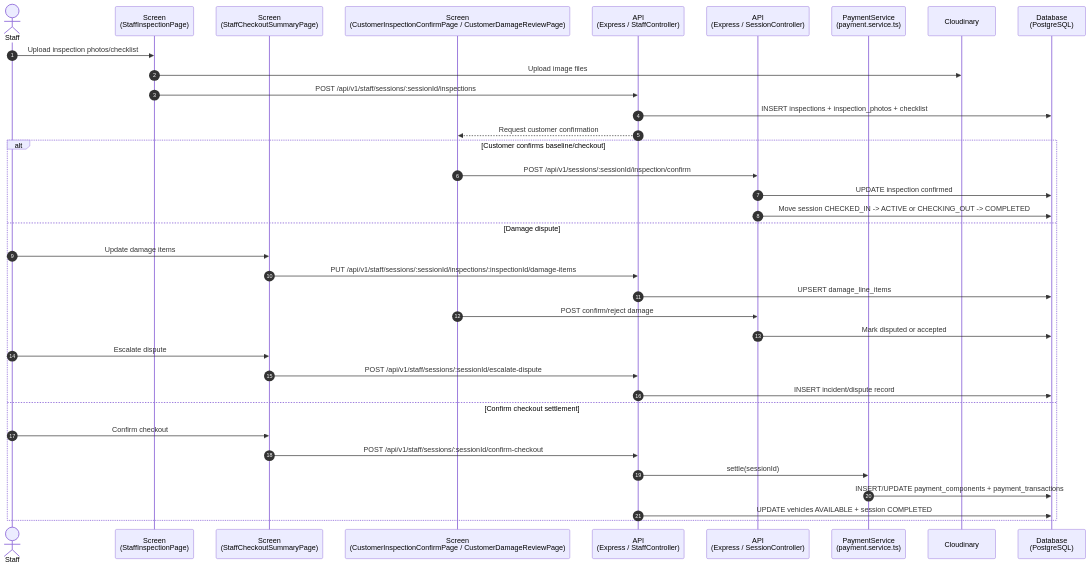
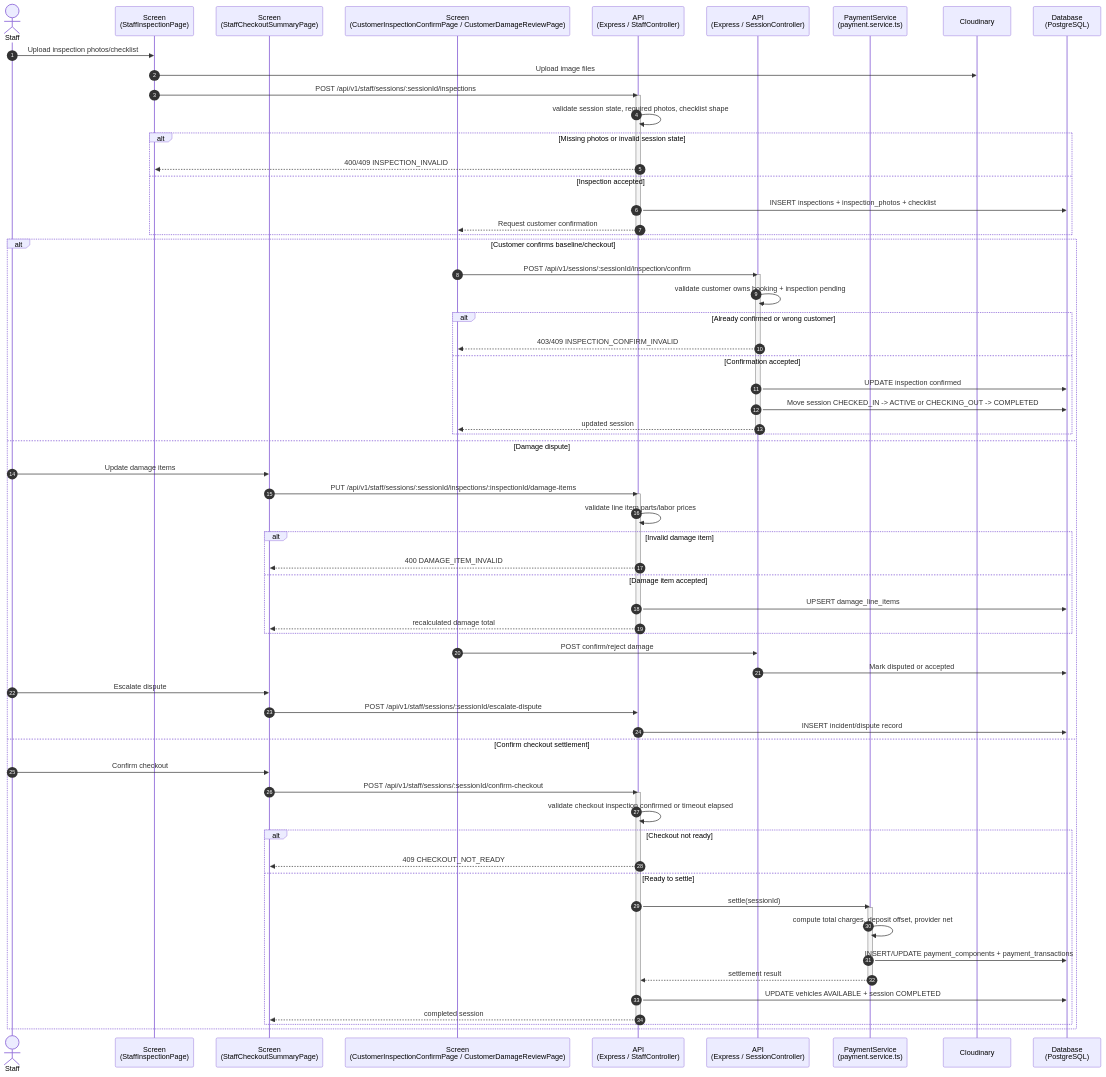
One commit to RCField-SEP490/rcfield-spec changed the third of 7 diagrams in docs/diagrams/sequence/sequence-flow-staff-operations.md. Above: the diagram before and after it, drawn with Mermaid. The commit also changed other lines of this file and 101 other files, not shown here.

````diff
--- a/docs/diagrams/sequence/sequence-flow-staff-operations.md
+++ b/docs/diagrams/sequence/sequence-flow-staff-operations.md
@@ -78,40 +117,75 @@
 ```mermaid
 sequenceDiagram
     autonumber
     actor S as Staff
     participant Inspect as Screen<br/>(StaffInspectionPage)
     participant Checkout as Screen<br/>(StaffCheckoutSummaryPage)
     participant Customer as Screen<br/>(CustomerInspectionConfirmPage / CustomerDamageReviewPage)
     participant StaffAPI as API<br/>(Express / StaffController)
     participant SessionAPI as API<br/>(Express / SessionController)
     participant Pay as PaymentService<br/>(payment.service.ts)
     participant Store as Cloudinary
     participant DB as Database<br/>(PostgreSQL)
 
     S->>Inspect: Upload inspection photos/checklist
     Inspect->>Store: Upload image files
     Inspect->>StaffAPI: POST /api/v1/staff/sessions/:sessionId/inspections
+    activate StaffAPI
+    StaffAPI->>StaffAPI: validate session state, required photos, checklist shape
+    alt Missing photos or invalid session state
+        StaffAPI-->>Inspect: 400/409 INSPECTION_INVALID
+    else Inspection accepted
     StaffAPI->>DB: INSERT inspections + inspection_photos + checklist
     StaffAPI-->>Customer: Request customer confirmation
+    end
+    deactivate StaffAPI
 
     alt Customer confirms baseline/checkout
         Customer->>SessionAPI: POST /api/v1/sessions/:sessionId/inspection/confirm
+        activate SessionAPI
+        SessionAPI->>SessionAPI: validate customer owns booking + inspection pending
+        alt Already confirmed or wrong customer
+            SessionAPI-->>Customer: 403/409 INSPECTION_CONFIRM_INVALID
+        else Confirmation accepted
         SessionAPI->>DB: UPDATE inspection confirmed
         SessionAPI->>DB: Move session CHECKED_IN -> ACTIVE or CHECKING_OUT -> COMPLETED
+        SessionAPI-->>Customer: updated session
+        end
+        deactivate SessionAPI
     else Damage dispute
         S->>Checkout: Update damage items
         Checkout->>StaffAPI: PUT /api/v1/staff/sessions/:sessionId/inspections/:inspectionId/damage-items
+        activate StaffAPI
+        StaffAPI->>StaffAPI: validate line item parts/labor prices
+        alt Invalid damage item
+            StaffAPI-->>Checkout: 400 DAMAGE_ITEM_INVALID
+        else Damage item accepted
         StaffAPI->>DB: UPSERT damage_line_items
+        StaffAPI-->>Checkout: recalculated damage total
+        end
+        deactivate StaffAPI
         Customer->>SessionAPI: POST confirm/reject damage
         SessionAPI->>DB: Mark disputed or accepted
         S->>Checkout: Escalate dispute
         Checkout->>StaffAPI: POST /api/v1/staff/sessions/:sessionId/escalate-dispute
         StaffAPI->>DB: INSERT incident/dispute record
     else Confirm checkout settlement
         S->>Checkout: Confirm checkout
         Checkout->>StaffAPI: POST /api/v1/staff/sessions/:sessionId/confirm-checkout
+        activate StaffAPI
+        StaffAPI->>StaffAPI: validate checkout inspection confirmed or timeout elapsed
+        alt Checkout not ready
+            StaffAPI-->>Checkout: 409 CHECKOUT_NOT_READY
+        else Ready to settle
         StaffAPI->>Pay: settle(sessionId)
+        activate Pay
+        Pay->>Pay: compute total charges, deposit offset, provider net
         Pay->>DB: INSERT/UPDATE payment_components + payment_transactions
+        Pay-->>StaffAPI: settlement result
+        deactivate Pay
         StaffAPI->>DB: UPDATE vehicles AVAILABLE + session COMPLETED
+        StaffAPI-->>Checkout: completed session
+        end
+        deactivate StaffAPI
     end
 ```
````
